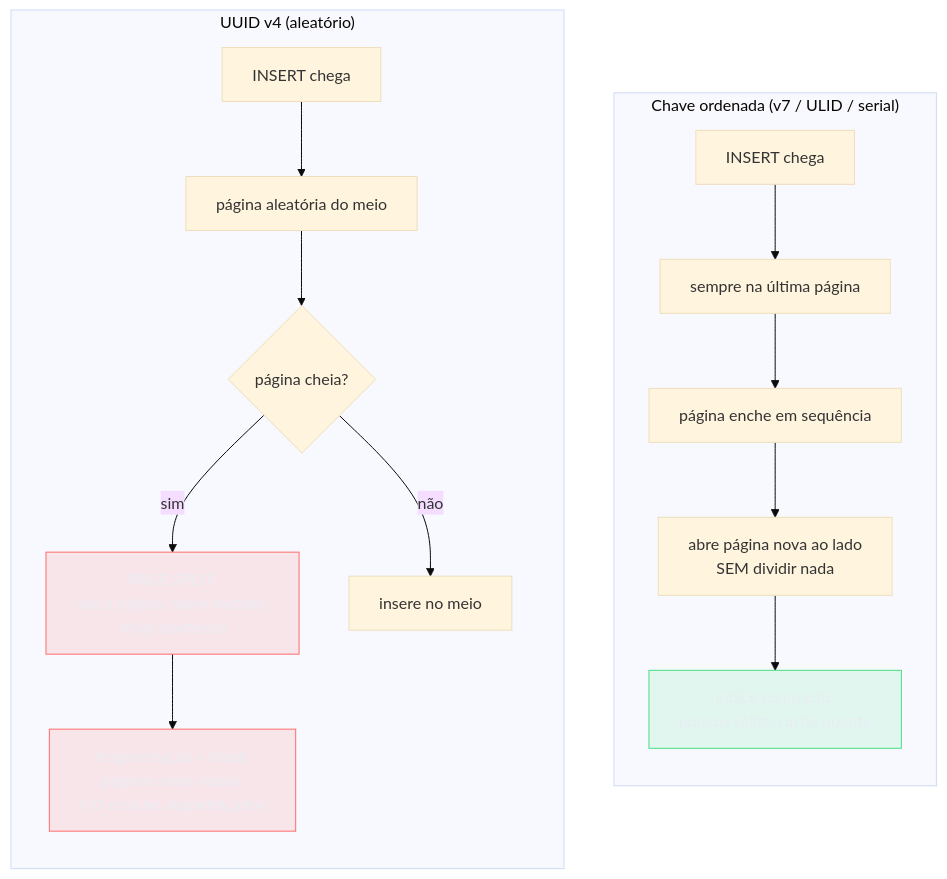
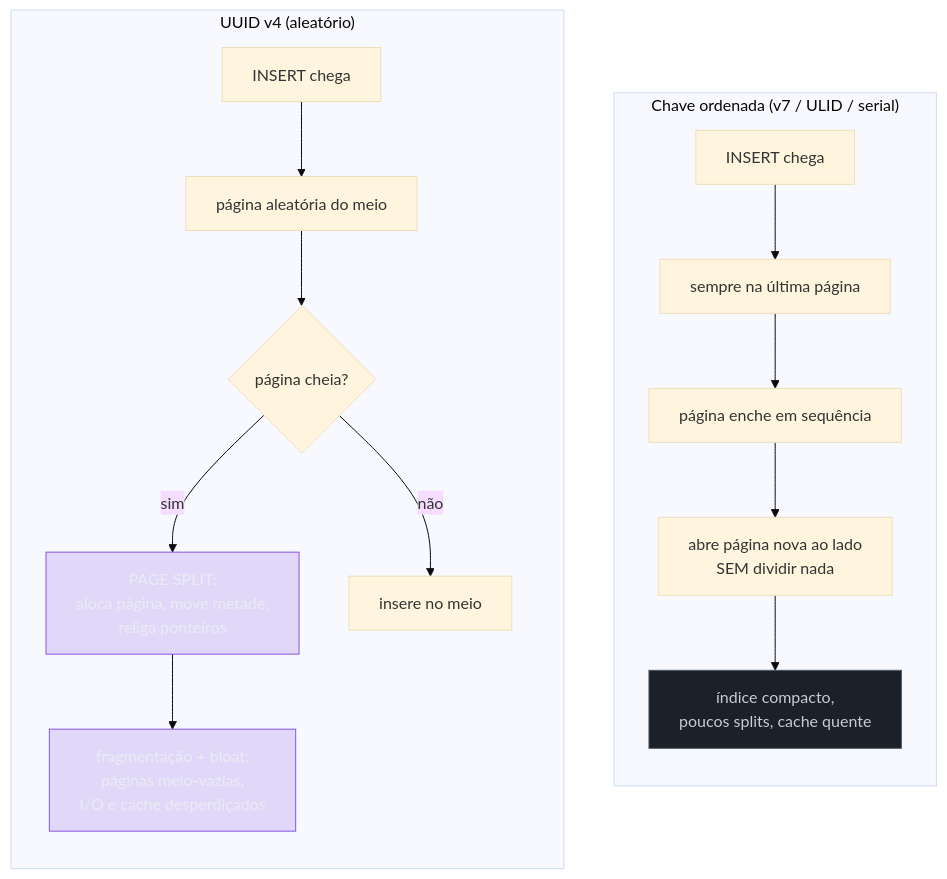
Before and after one commit to josenaldo/codex-technomanticus: the sixth of 6 diagrams in 03-Dominios/Ciência/Banco de Dados/04 - Modelagem e normalização.md, drawn with Mermaid (base theme). The commit also changed other lines of this file and 601 other files, not shown here.

````diff
--- a/03-Dominios/Ciência/Banco de Dados/04 - Modelagem e normalização.md
+++ b/03-Dominios/Ciência/Banco de Dados/04 - Modelagem e normalização.md
@@ -347,24 +347,24 @@
 ```mermaid
 flowchart TD
-    classDef ok fill:#4ADE8021,stroke:#4ADE80,color:#E9ECF2
-    classDef falha fill:#FF6B6B24,stroke:#FF6B6B,color:#E9ECF2
+    classDef marca fill:#8855DF33,stroke:#8855DF,color:#E9ECF2
+    classDef neutro fill:#1B2029,stroke:#4E5666,color:#C6CCD8
     subgraph seq["Chave ordenada (v7 / ULID / serial)"]
         direction TB
         I1["INSERT chega"] --> END["sempre na última página"]
         END --> FILL["página enche em sequência"]
         FILL --> NEW["abre página nova ao lado<br/>SEM dividir nada"]
         NEW --> GOOD["índice compacto,<br/>poucos splits, cache quente"]
     end
     subgraph rnd["UUID v4 (aleatório)"]
         direction TB
         I2["INSERT chega"] --> RANDOM["página aleatória do meio"]
         RANDOM --> FULL{"página cheia?"}
         FULL -->|sim| SPLIT["PAGE SPLIT:<br/>aloca página, move metade,<br/>religa ponteiros"]
         FULL -->|não| INSERT["insere no meio"]
         SPLIT --> BLOAT["fragmentação + bloat:<br/>páginas meio-vazias,<br/>I/O e cache desperdiçados"]
     end
 
-    class GOOD ok
-    class BLOAT falha
-    class SPLIT falha
+    class GOOD neutro
+    class BLOAT marca
+    class SPLIT marca
 ```
````
